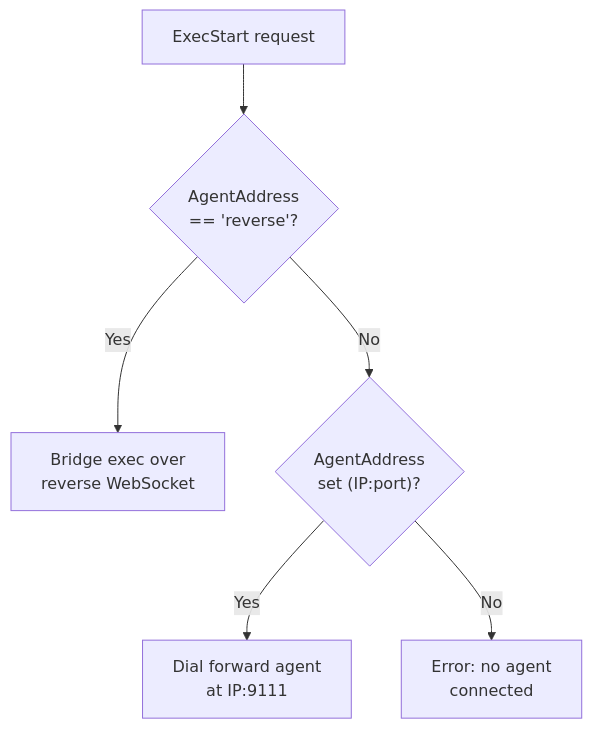
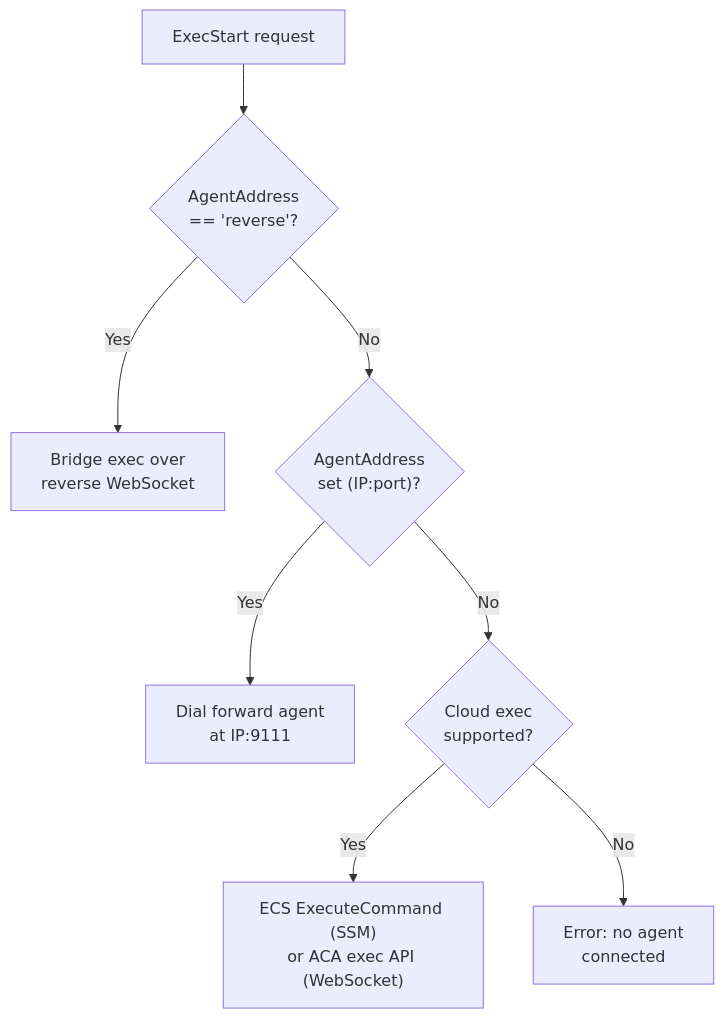
Before and after one commit to e6qu/sockerless: diagram 12 of 19 in ARCHITECTURE.md, drawn with Mermaid. The commit also changed other lines of this file and 93 other files, not shown here.

````diff
--- a/ARCHITECTURE.md
+++ b/ARCHITECTURE.md
@@ -168,8 +296,10 @@
 ```mermaid
 flowchart TD
     START["ExecStart request"] --> CHK1{"AgentAddress<br/>== 'reverse'?"}
     CHK1 -->|Yes| REV["Bridge exec over<br/>reverse WebSocket"]
     CHK1 -->|No| CHK2{"AgentAddress<br/>set (IP:port)?"}
     CHK2 -->|Yes| FWD["Dial forward agent<br/>at IP:9111"]
-    CHK2 -->|No| ERR["Error: no agent<br/>connected"]
+    CHK2 -->|No| CHK3{"Cloud exec<br/>supported?"}
+    CHK3 -->|Yes| CLOUD["ECS ExecuteCommand (SSM)\nor ACA exec API (WebSocket)"]
+    CHK3 -->|No| ERR["Error: no agent<br/>connected"]
 ```
````
